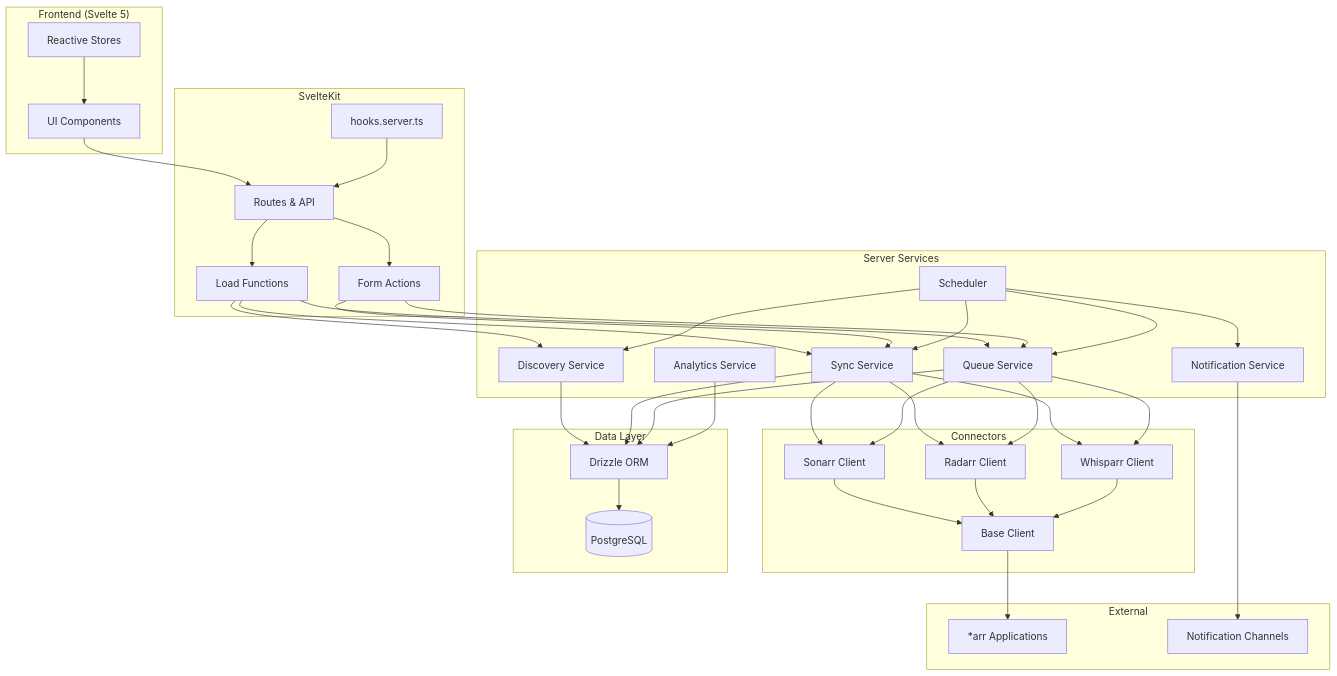
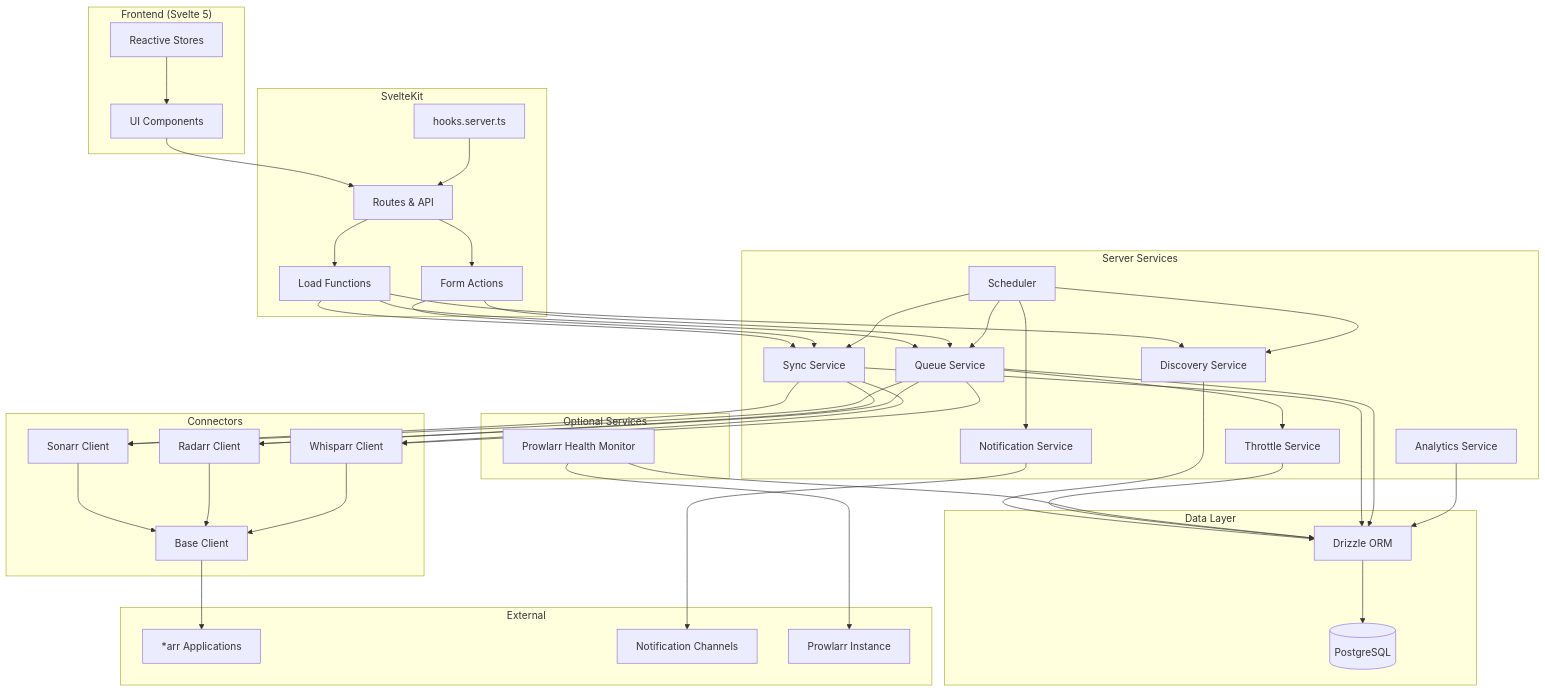
One commit to engels74/comradarr changed the first of 7 diagrams in .kiro/specs/comradarr/design.md. Above: the diagram before and after it, drawn with Mermaid. The commit also changed other lines of this file and 2 other files, not shown here.

First line of the commit message:
feat: add throttle profile system and optional Prowlarr monitoring

```diff
--- a/.kiro/specs/comradarr/design.md
+++ b/.kiro/specs/comradarr/design.md
@@ -32,9 +32,14 @@
         Sync[Sync Service]
         Discovery[Discovery Service]
         Queue[Queue Service]
+        Throttle[Throttle Service]
         Scheduler[Scheduler]
         Notifications[Notification Service]
         Analytics[Analytics Service]
+    end
+
+    subgraph "Optional Services"
+        ProwlarrMonitor[Prowlarr Health Monitor]
     end
     
     subgraph "Connectors"
@@ -52,6 +57,7 @@
     subgraph "External"
         ArrApps[*arr Applications]
         NotifChannels[Notification Channels]
+        Prowlarr[Prowlarr Instance]
     end
     
     UI --> Routes
@@ -85,7 +91,12 @@
     BaseClient --> ArrApps
     
     Notifications --> NotifChannels
-    
+
+    Queue --> Throttle
+    Throttle --> Drizzle
+    ProwlarrMonitor --> Prowlarr
+    ProwlarrMonitor --> Drizzle
+
     Sync --> Drizzle
     Queue --> Drizzle
     Analytics --> Drizzle
```
